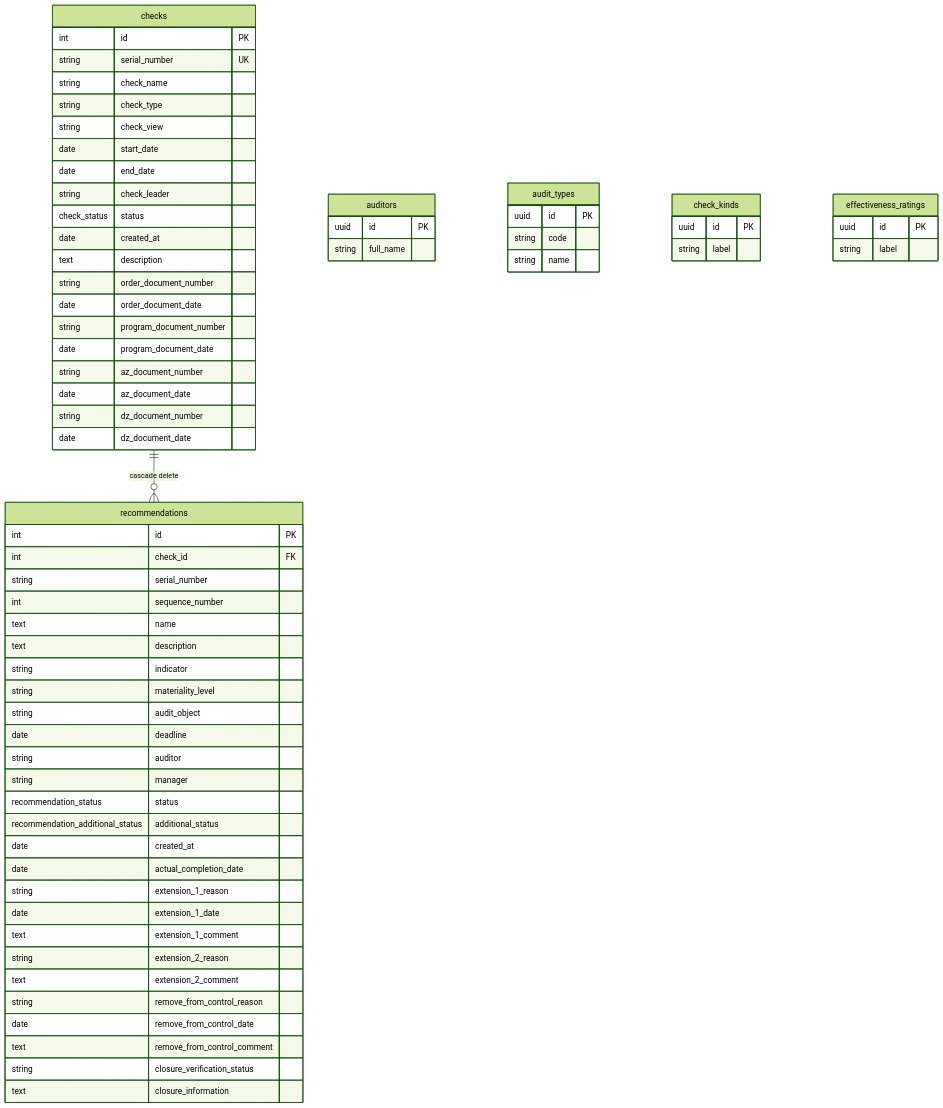
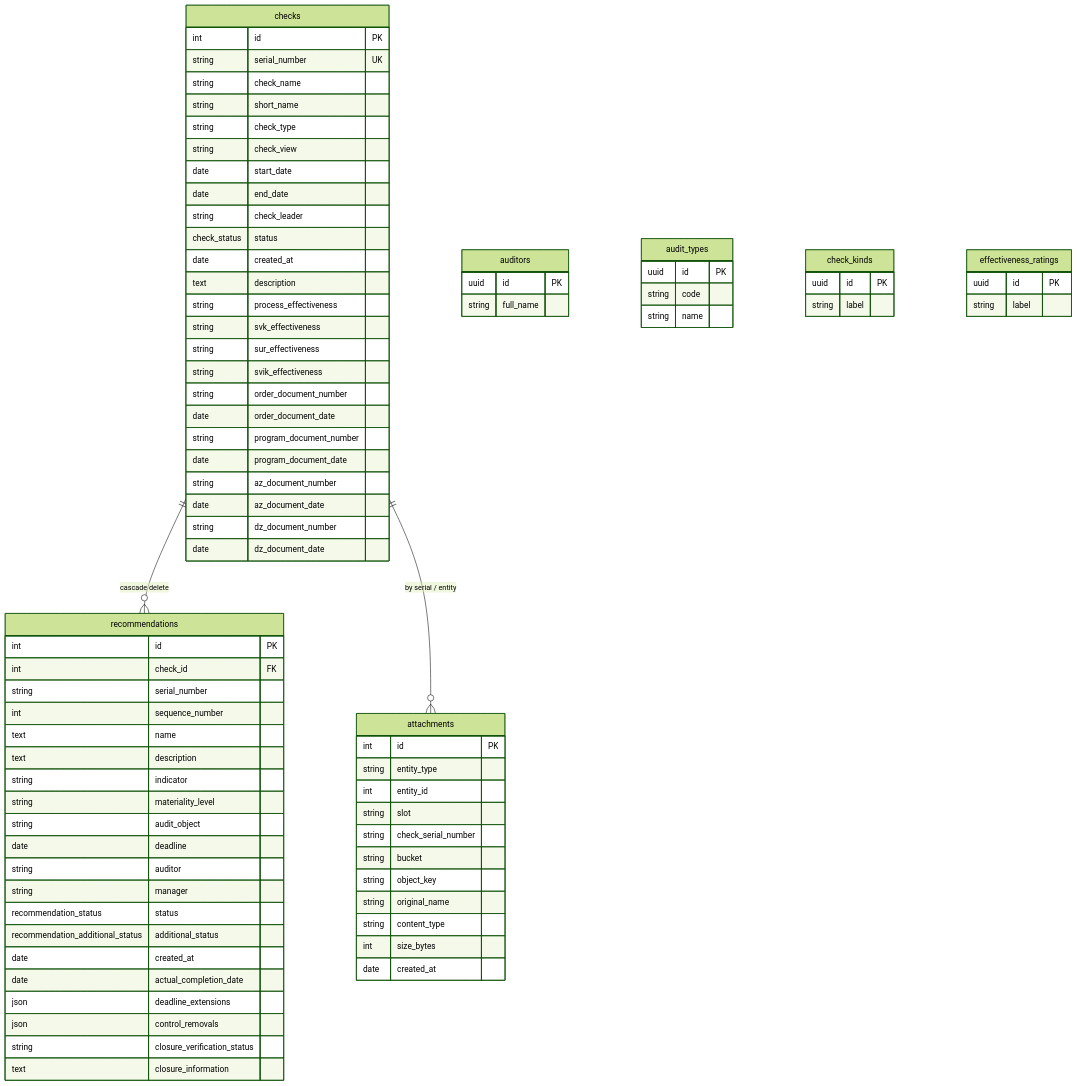
One commit to sweetd0vee/sokol changed the diagram in sokol-backend/docs/DATA_AND_DB.md. Above: the diagram before and after it, drawn with Mermaid (forest theme). The commit also changed other lines of this file and 57 other files, not shown here.

````diff
--- a/sokol-backend/docs/DATA_AND_DB.md
+++ b/sokol-backend/docs/DATA_AND_DB.md
@@ -18,11 +20,13 @@
 ```mermaid
 erDiagram
   checks ||--o{ recommendations : "cascade delete"
+  checks ||--o{ attachments : "by serial / entity"
 
   checks {
     int id PK
     string serial_number UK
     string check_name
+    string short_name
     string check_type
     string check_view
     date start_date
@@ -31,6 +35,10 @@
     check_status status
     date created_at
     text description
+    string process_effectiveness
+    string svk_effectiveness
+    string sur_effectiveness
+    string svik_effectiveness
     string order_document_number
     date order_document_date
     string program_document_number
@@ -58,16 +66,24 @@
     recommendation_additional_status additional_status
     date created_at
     date actual_completion_date
-    string extension_1_reason
-    date extension_1_date
-    text extension_1_comment
-    string extension_2_reason
-    text extension_2_comment
-    string remove_from_control_reason
-    date remove_from_control_date
-    text remove_from_control_comment
+    json deadline_extensions
+    json control_removals
     string closure_verification_status
     text closure_information
+  }
+
+  attachments {
+    int id PK
+    string entity_type
+    int entity_id
+    string slot
+    string check_serial_number
+    string bucket
+    string object_key
+    string original_name
+    string content_type
+    int size_bytes
+    date created_at
   }
 
   auditors {
````
